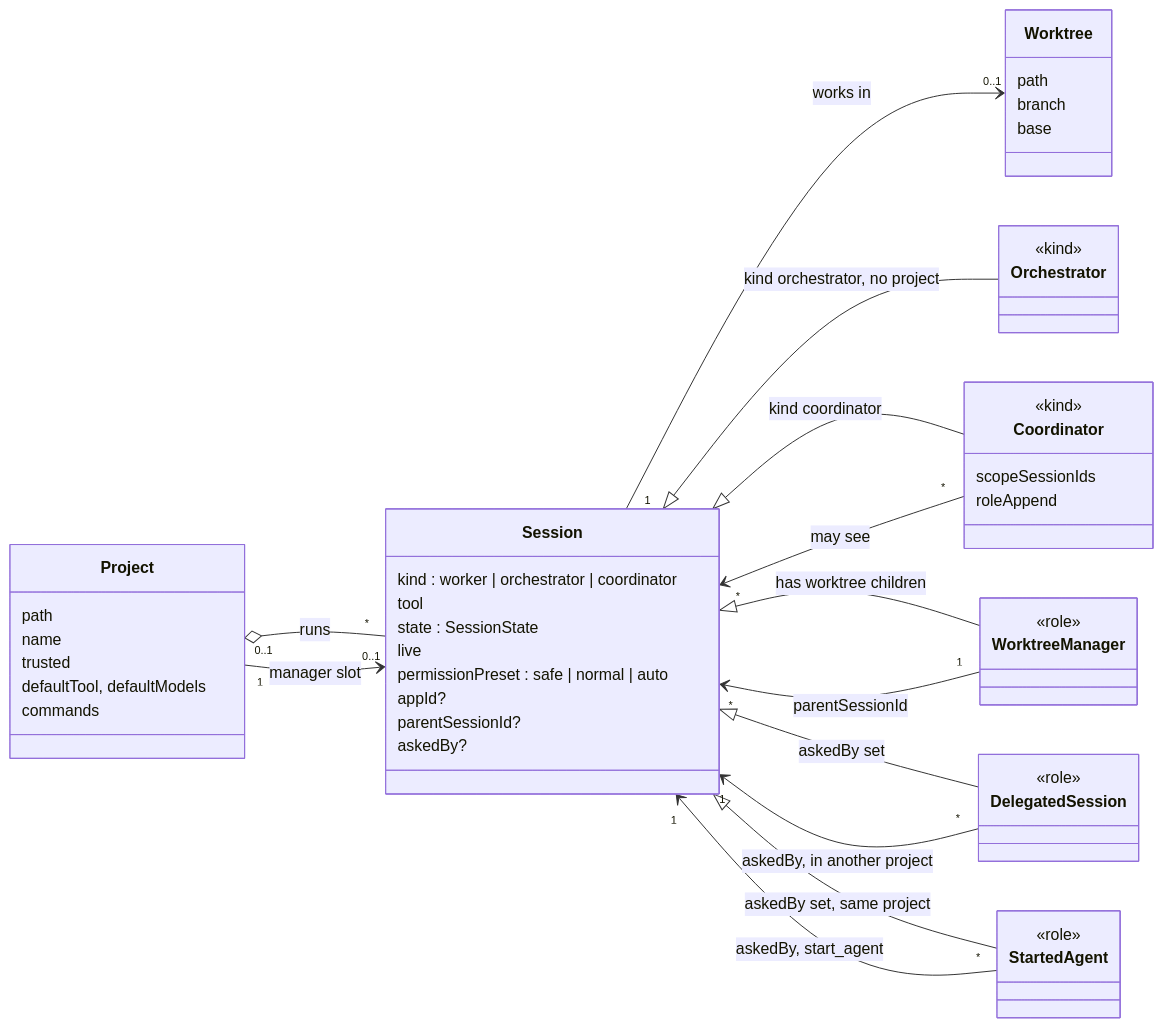
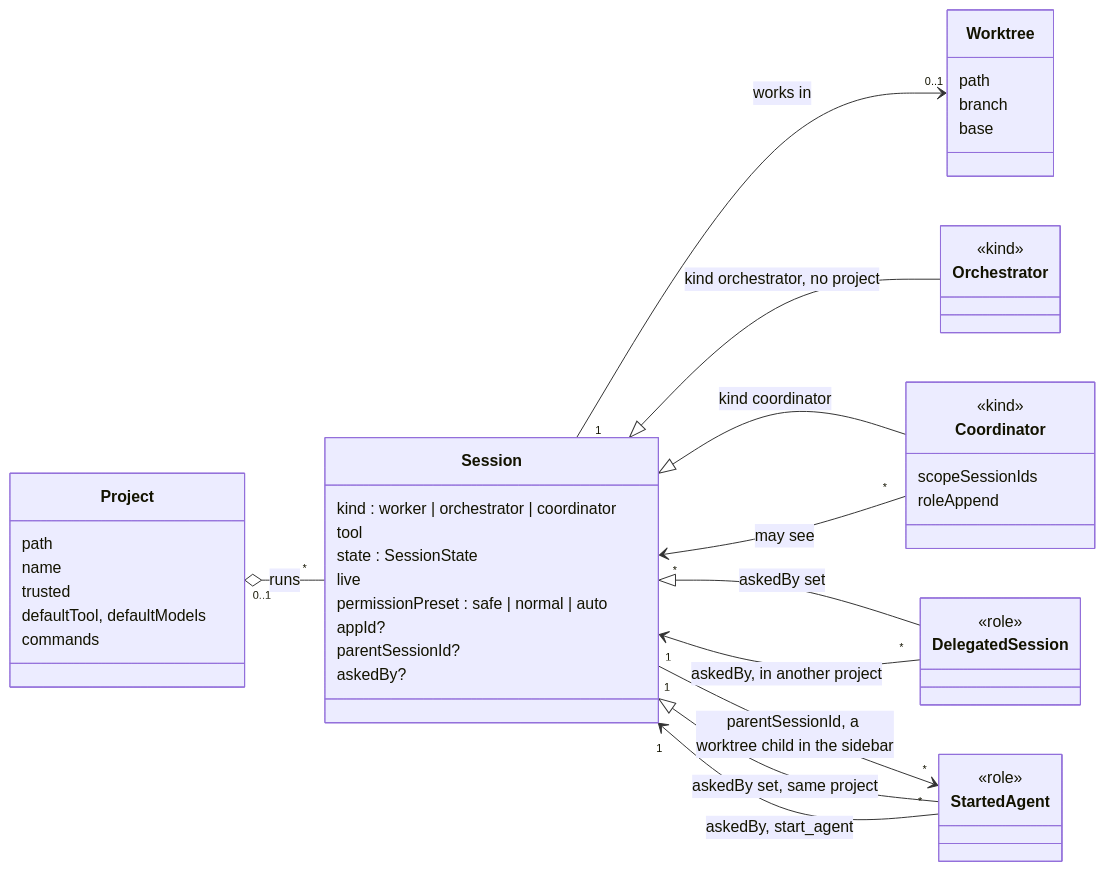
The first of 11 diagrams in docs/domain-model.ko.md (GyuHo123/centralu), drawn with Mermaid before and after one commit. The commit also changed other lines of this file and 46 other files, not shown here.

````diff
--- a/docs/domain-model.ko.md
+++ b/docs/domain-model.ko.md
@@ -147,55 +146,50 @@
 ```mermaid
 classDiagram
   direction LR
   class Project {
     path
     name
     trusted
     defaultTool, defaultModels
     commands
   }
   class Session {
     kind : worker | orchestrator | coordinator
     tool
     state : SessionState
     live
     permissionPreset : safe | normal | auto
     appId?
     parentSessionId?
     askedBy?
   }
   class Worktree {
     path
     branch
     base
   }
   class Orchestrator {
     <<kind>>
   }
   class Coordinator {
     <<kind>>
     scopeSessionIds
     roleAppend
   }
-  class WorktreeManager {
-    <<role>>
-  }
   class DelegatedSession {
     <<role>>
   }
   class StartedAgent {
     <<role>>
   }
   Project "0..1" o-- "*" Session : runs
-  Project "1" --> "0..1" Session : manager slot
   Session "1" --> "0..1" Worktree : works in
   Session <|-- Orchestrator : kind orchestrator, no project
   Session <|-- Coordinator : kind coordinator
-  Session <|-- WorktreeManager : has worktree children
   Session <|-- DelegatedSession : askedBy set
-  WorktreeManager "1" --> "*" Session : parentSessionId
+  Session "1" --> "*" StartedAgent : parentSessionId, a worktree child in the sidebar
   DelegatedSession "*" --> "1" Session : askedBy, in another project
   Session <|-- StartedAgent : askedBy set, same project
   StartedAgent "*" --> "1" Session : askedBy, start_agent
   Coordinator "*" --> "*" Session : may see
 ```
````
